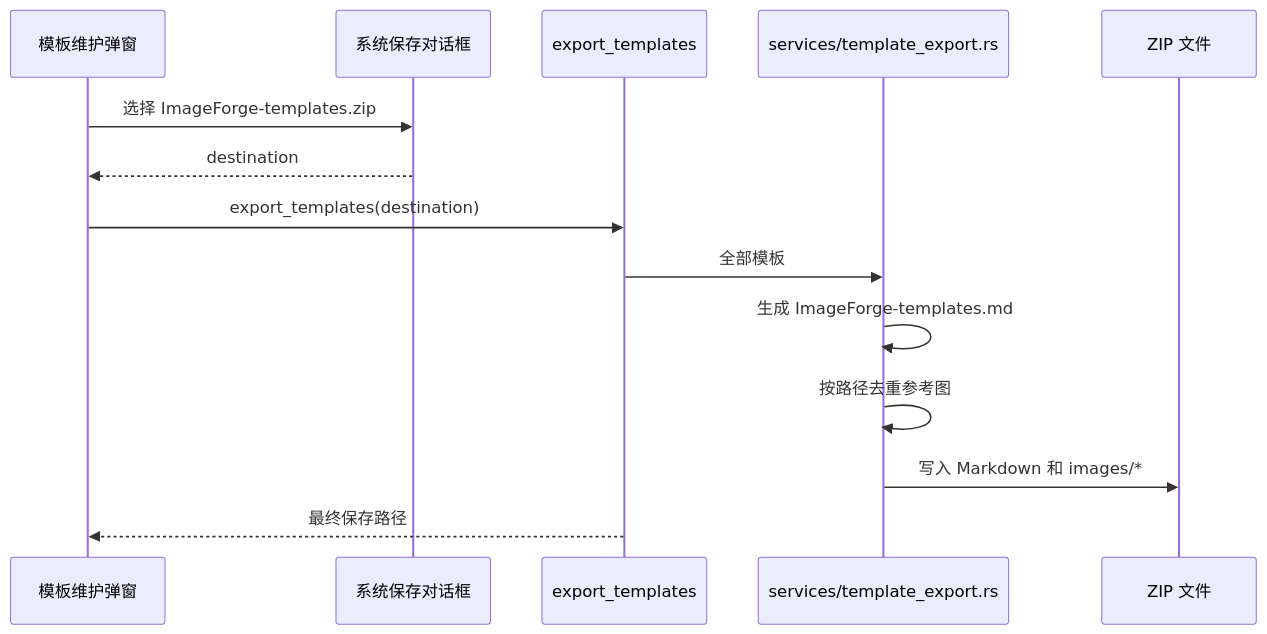
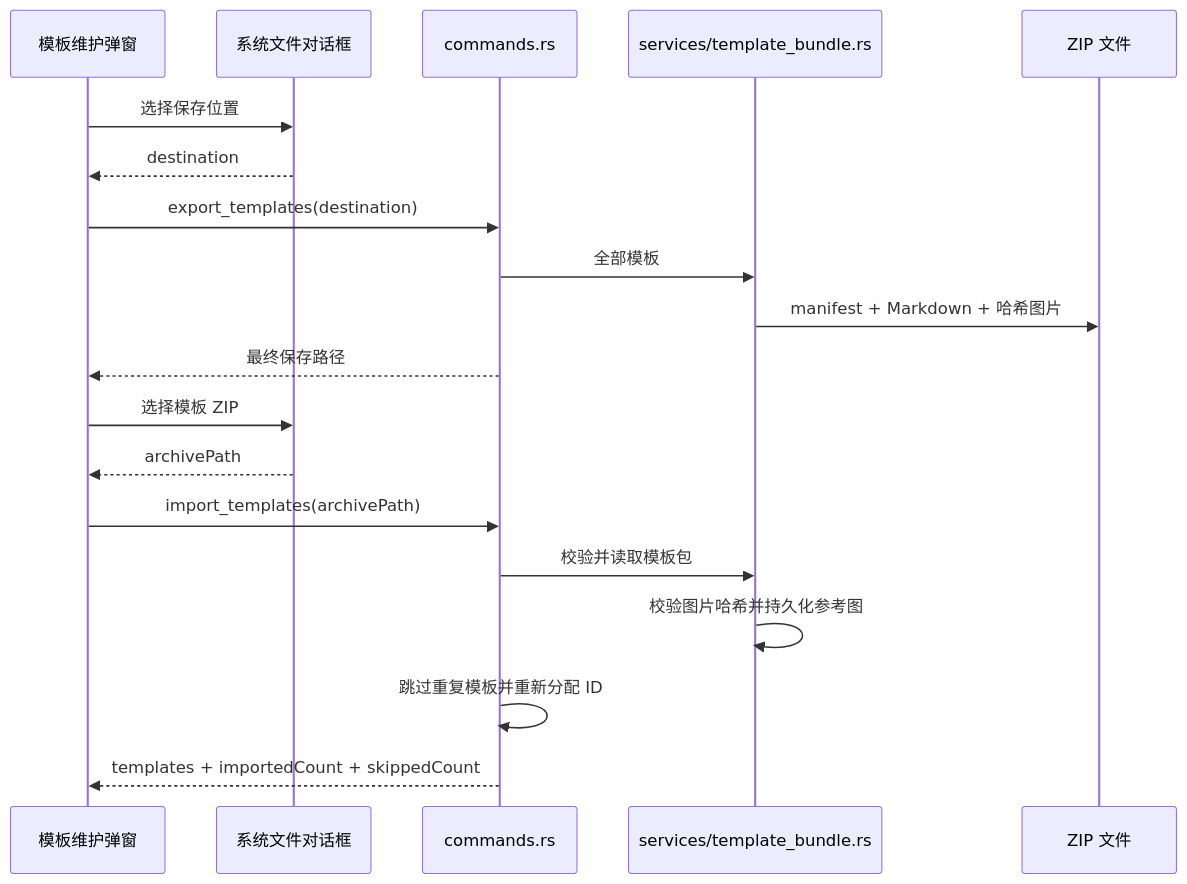
One commit to Tairraos/image-forge changed the fifth of 6 diagrams in docs/technical-design.md. Above: the diagram before and after it, drawn with Mermaid. The commit also changed other lines of this file and 1 other file, not shown here.

````diff
--- a/docs/technical-design.md
+++ b/docs/technical-design.md
@@ -218,17 +254,22 @@
 ```mermaid
 sequenceDiagram
   participant UI as 模板维护弹窗
-  participant Save as 系统保存对话框
-  participant Cmd as export_templates
-  participant Export as services/template_export.rs
+  participant Dialog as 系统文件对话框
+  participant Cmd as commands.rs
+  participant Bundle as services/template_bundle.rs
   participant Zip as ZIP 文件
 
-  UI->>Save: 选择 ImageForge-templates.zip
-  Save-->>UI: destination
+  UI->>Dialog: 选择保存位置
+  Dialog-->>UI: destination
   UI->>Cmd: export_templates(destination)
-  Cmd->>Export: 全部模板
-  Export->>Export: 生成 ImageForge-templates.md
-  Export->>Export: 按路径去重参考图
-  Export->>Zip: 写入 Markdown 和 images/*
+  Cmd->>Bundle: 全部模板
+  Bundle->>Zip: manifest + Markdown + 哈希图片
   Cmd-->>UI: 最终保存路径
+  UI->>Dialog: 选择模板 ZIP
+  Dialog-->>UI: archivePath
+  UI->>Cmd: import_templates(archivePath)
+  Cmd->>Bundle: 校验并读取模板包
+  Bundle->>Bundle: 校验图片哈希并持久化参考图
+  Cmd->>Cmd: 跳过重复模板并重新分配 ID
+  Cmd-->>UI: templates + importedCount + skippedCount
 ```
````
